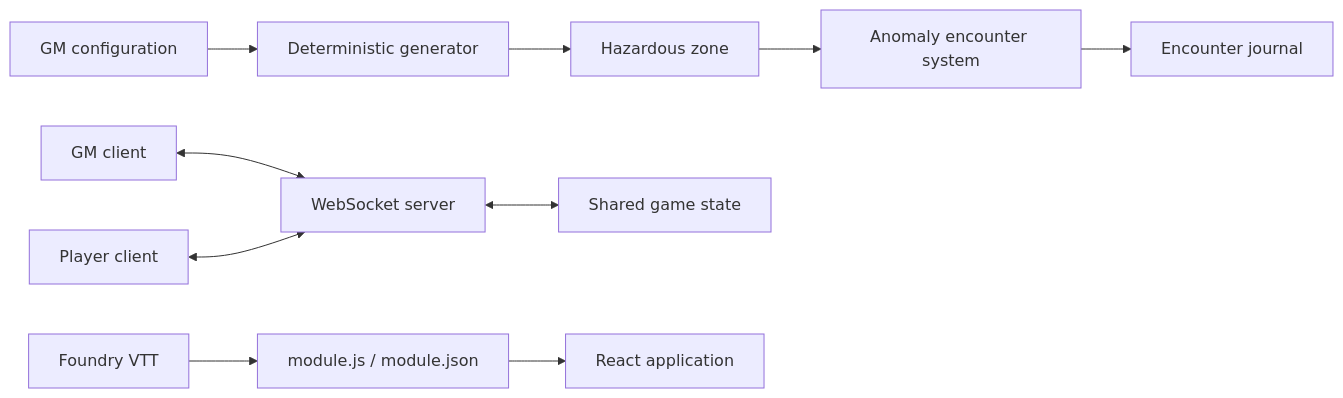
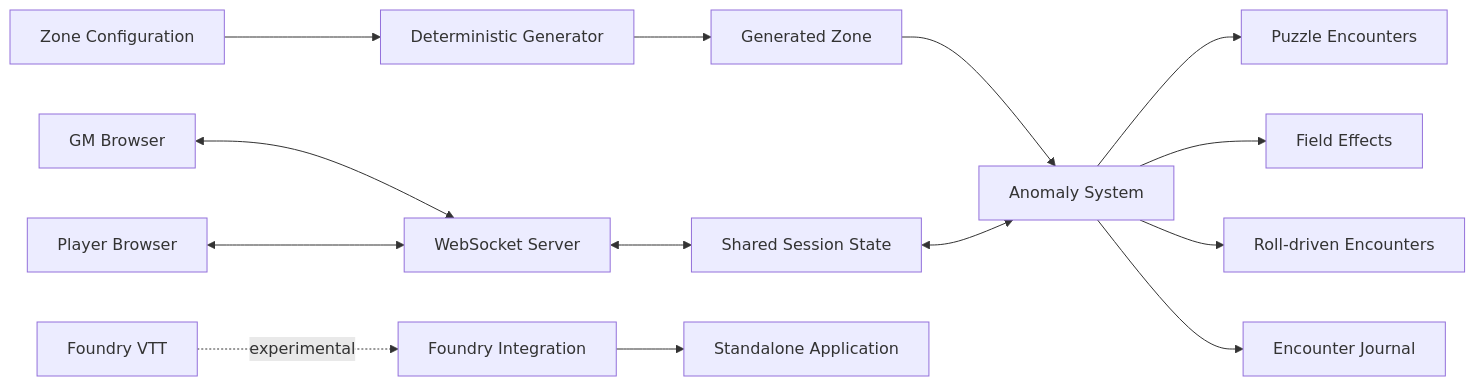
Before and after one commit to theDAREK497/anomaly-zone-vtt: the first of 2 diagrams in README.md, drawn with Mermaid. The commit also changed other lines of this file, not shown here.

Commit message:
docs: reposition Anomaly Zone as standalone application

````diff
--- a/README.md
+++ b/README.md
@@ -27,14 +59,21 @@
 ```mermaid
 flowchart LR
-    Config[GM configuration] --> Generator[Deterministic generator]
-    Generator --> Map[Hazardous zone]
-    Map --> Encounter[Anomaly encounter system]
-    Encounter --> Journal[Encounter journal]
+    GM[GM Browser] <--> WS[WebSocket Server]
+    Player[Player Browser] <--> WS
 
-    GM[GM client] <--> WS[WebSocket server]
-    Player[Player client] <--> WS
-    WS <--> State[Shared game state]
+    WS <--> State[Shared Session State]
 
-    Foundry[Foundry VTT] --> Module[module.js / module.json]
-    Module --> App[React application]
+    Config[Zone Configuration] --> Generator[Deterministic Generator]
+    Generator --> Zone[Generated Zone]
+
+    Zone --> Encounter[Anomaly System]
+    Encounter --> Puzzle[Puzzle Encounters]
+    Encounter --> Field[Field Effects]
+    Encounter --> Rolls[Roll-driven Encounters]
+
+    Encounter --> Journal[Encounter Journal]
+    State <--> Encounter
+
+    Foundry[Foundry VTT] -. experimental .-> Integration[Foundry Integration]
+    Integration --> App[Standalone Application]
 ```
````
